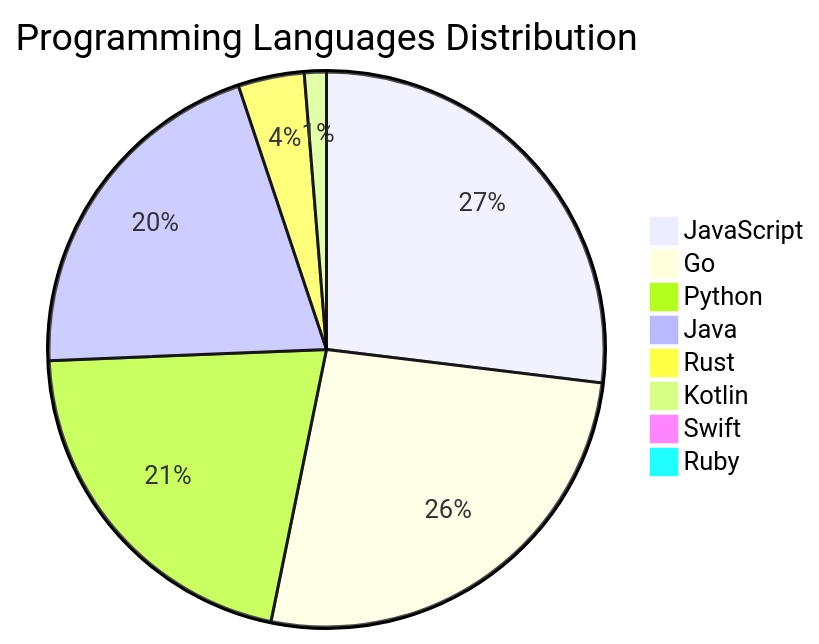
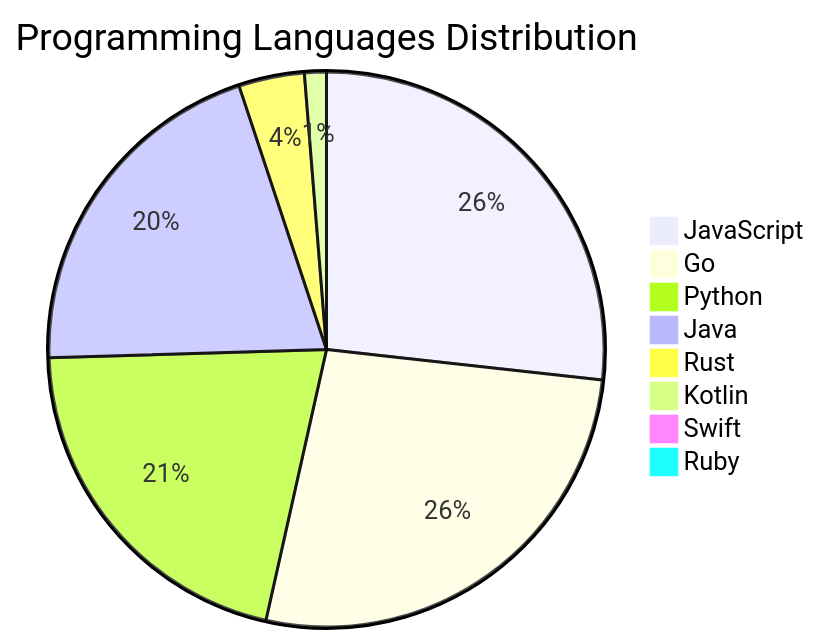
One commit to Derrick-MUGISHA/github-activity-bot changed the diagram in README.md. Above: the diagram before and after it, drawn with Mermaid. The commit also changed other lines of this file and 4 other files, not shown here.

````diff
--- a/README.md
+++ b/README.md
@@ -208,11 +208,11 @@
 ```mermaid
 pie title Programming Languages Distribution
     "JavaScript" : 42
-    "Go" : 41
+    "Go" : 42
     "Python" : 33
     "Java" : 32
     "Rust" : 6
     "Kotlin" : 2
     "Swift" : 1
     "Ruby" : 1
 ```
````
